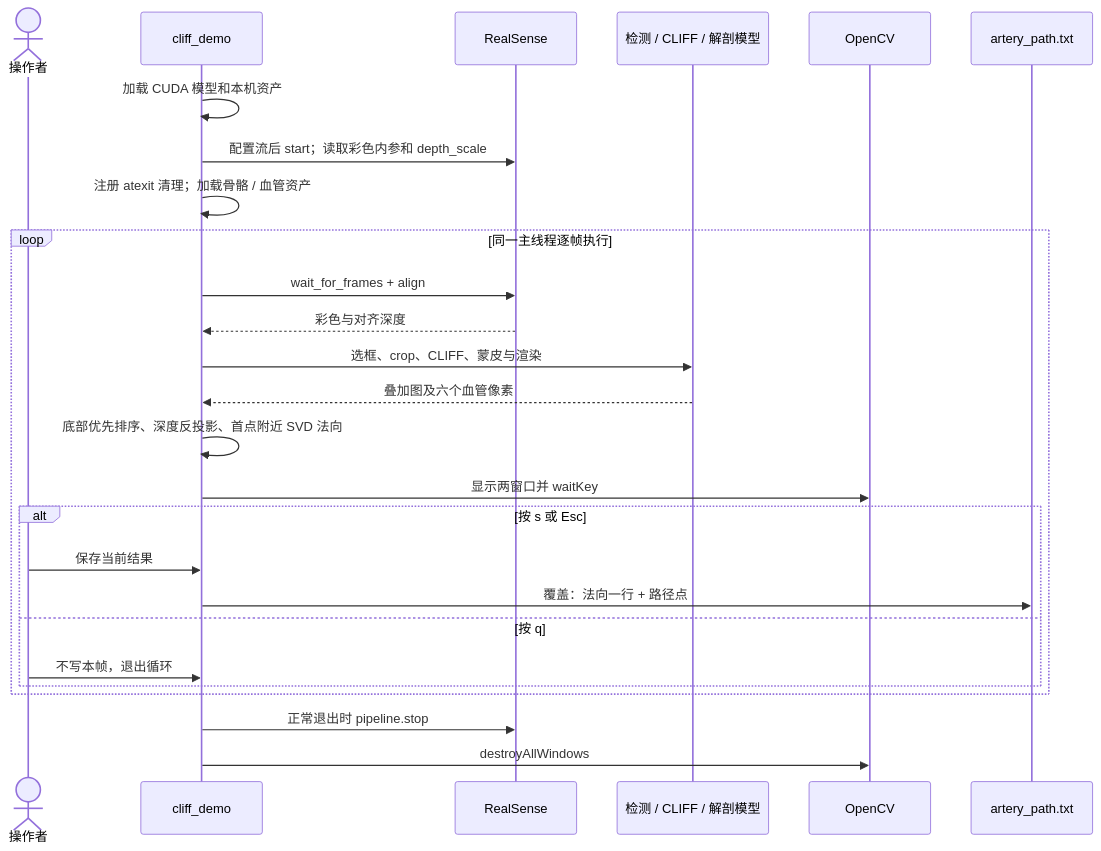
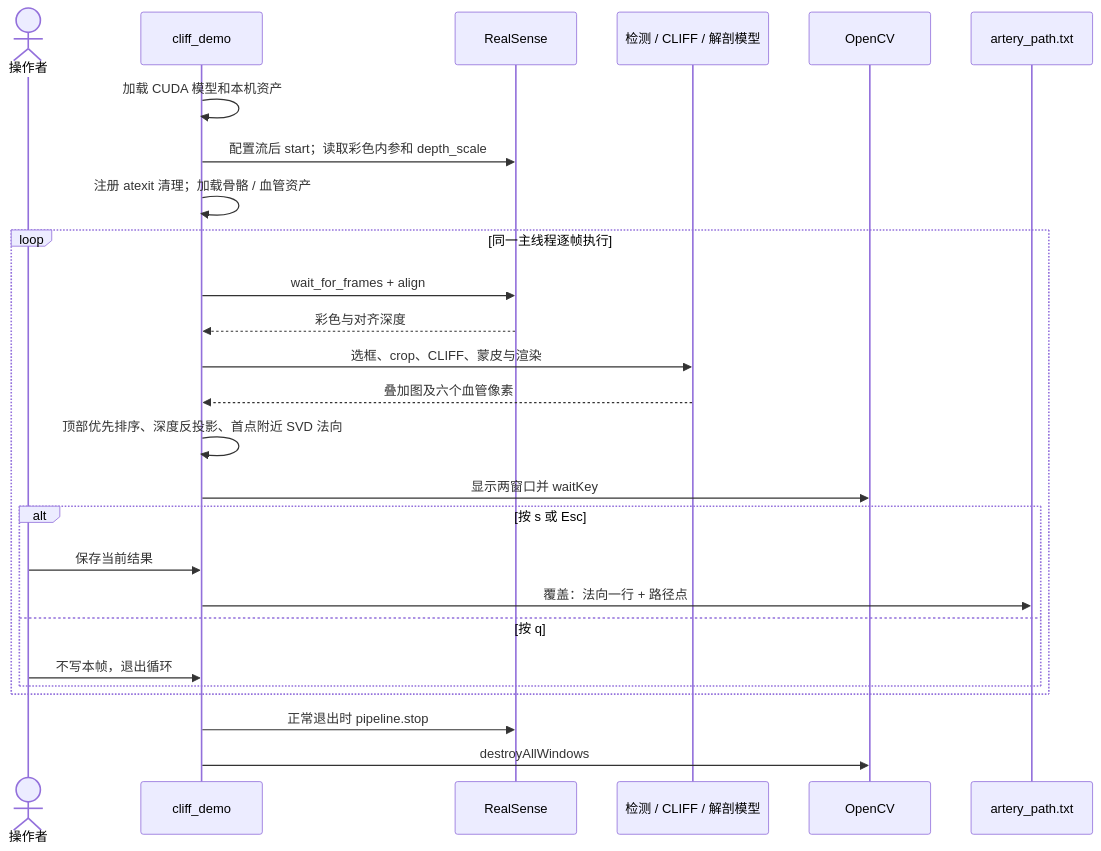
The second of 3 diagrams in infer/Camera_RT/ARCHITECTURE.md (Sadstrawberrysc/cair-arm), drawn with Mermaid before and after one commit. The commit also changed other lines of this file and 57 other files, not shown here.

````diff
--- a/infer/Camera_RT/ARCHITECTURE.md
+++ b/infer/Camera_RT/ARCHITECTURE.md
@@ -67,28 +67,28 @@
 ```mermaid
 sequenceDiagram
     actor U as 操作者
     participant C as cliff_demo
     participant D as RealSense
     participant M as 检测 / CLIFF / 解剖模型
     participant V as OpenCV
     participant F as artery_path.txt
     C->>C: 加载 CUDA 模型和本机资产
     C->>D: 配置流后 start；读取彩色内参和 depth_scale
     C->>C: 注册 atexit 清理；加载骨骼 / 血管资产
     loop 同一主线程逐帧执行
         C->>D: wait_for_frames + align
         D-->>C: 彩色与对齐深度
         C->>M: 选框、crop、CLIFF、蒙皮与渲染
         M-->>C: 叠加图及六个血管像素
-        C->>C: 底部优先排序、深度反投影、首点附近 SVD 法向
+        C->>C: 顶部优先排序、深度反投影、首点附近 SVD 法向
         C->>V: 显示两窗口并 waitKey
         alt 按 s 或 Esc
             U->>C: 保存当前结果
             C->>F: 覆盖：法向一行 + 路径点
         else 按 q
             U->>C: 不写本帧，退出循环
         end
     end
     C->>D: 正常退出时 pipeline.stop
     C->>V: destroyAllWindows
 ```
````
